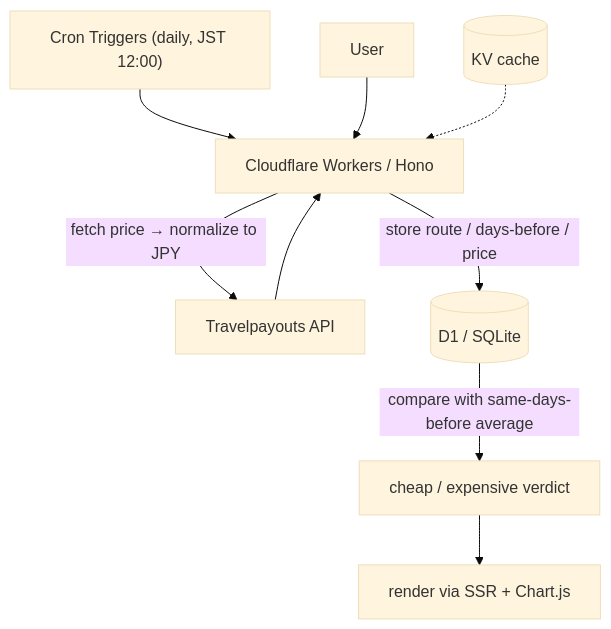
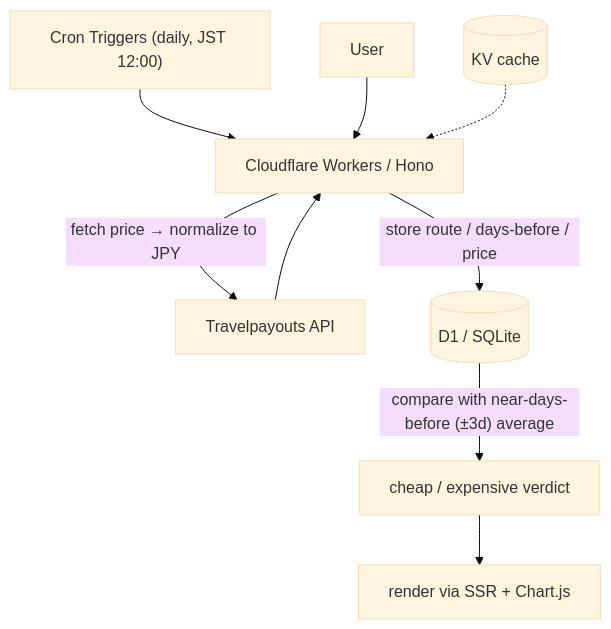
The diagram in docs/README_en.md (Cobalt-Velvet/SwimFare), drawn with Mermaid (base theme) before and after one commit. The commit also changed other lines of this file and 3 other files, not shown here.

Commit message:
Use days_before ±3 window for verdicts, harden D1 handling, cleanup

````diff
--- a/docs/README_en.md
+++ b/docs/README_en.md
@@ -70,11 +70,11 @@
 ```mermaid
 flowchart TD
     Cron["Cron Triggers (daily, JST 12:00)"] --> Worker["Cloudflare Workers / Hono"]
     Worker -->|"fetch price → normalize to JPY"| TP["Travelpayouts API"]
     TP --> Worker
     Worker -->|"store route / days-before / price"| D1[("D1 / SQLite")]
     User["User"] --> Worker
-    D1 -->|"compare with same-days-before average"| Judge["cheap / expensive verdict"]
+    D1 -->|"compare with near-days-before (±3d) average"| Judge["cheap / expensive verdict"]
     Judge --> View["render via SSR + Chart.js"]
     KV[("KV cache")] -.-> Worker
 ```
````
